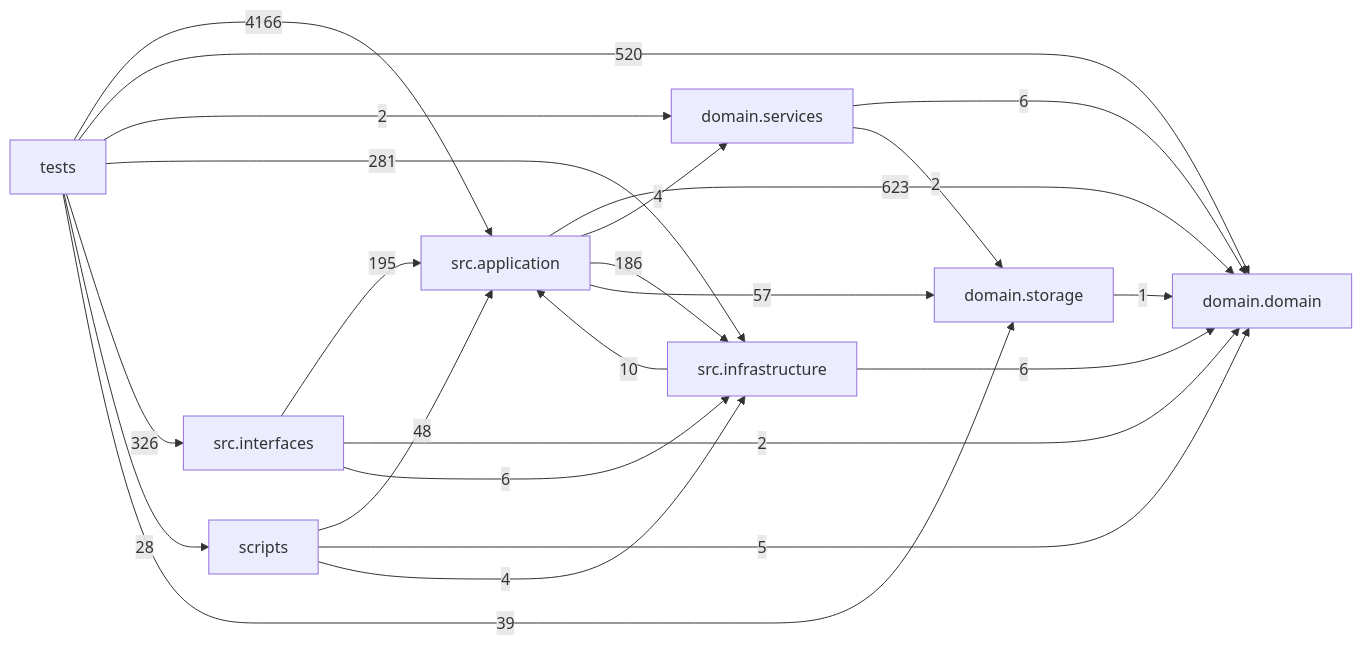
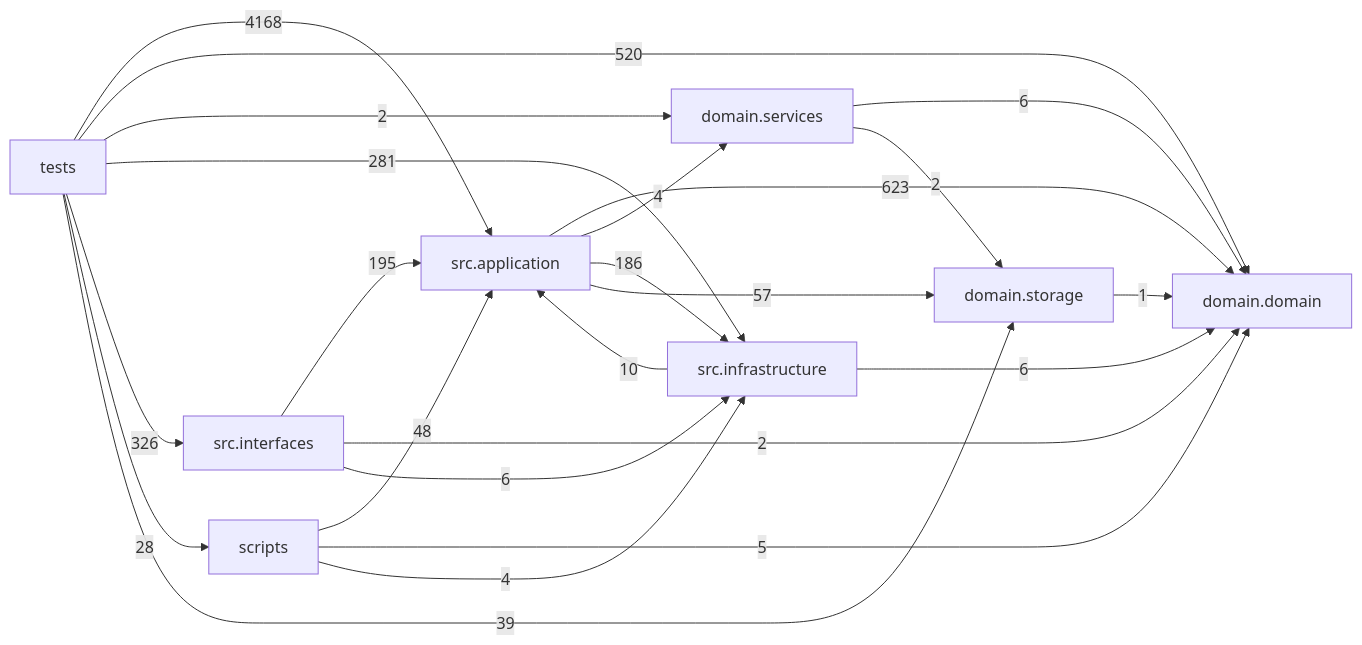
Before and after one commit to liuxie066/options-monitor: the diagram in docs/DEPENDENCY_GRAPH.md, drawn with Mermaid. The commit also changed other lines of this file and 2 other files, not shown here.

````diff
--- a/docs/DEPENDENCY_GRAPH.md
+++ b/docs/DEPENDENCY_GRAPH.md
@@ -24,33 +24,33 @@
 ```mermaid
 flowchart LR
   tests["tests"]
   scripts["scripts"]
   interfaces["src.interfaces"]
   application["src.application"]
   infrastructure["src.infrastructure"]
   domain_services["domain.services"]
   domain["domain.domain"]
   storage["domain.storage"]
   application -->|623| domain
   application -->|4| domain_services
   application -->|186| infrastructure
   application -->|57| storage
   domain_services -->|6| domain
   domain_services -->|2| storage
   infrastructure -->|10| application
   infrastructure -->|6| domain
   interfaces -->|195| application
   interfaces -->|2| domain
   interfaces -->|6| infrastructure
   scripts -->|48| application
   scripts -->|5| domain
   scripts -->|4| infrastructure
   storage -->|1| domain
-  tests -->|4166| application
+  tests -->|4168| application
   tests -->|520| domain
   tests -->|2| domain_services
   tests -->|281| infrastructure
   tests -->|326| interfaces
   tests -->|28| scripts
   tests -->|39| storage
 ```
````
